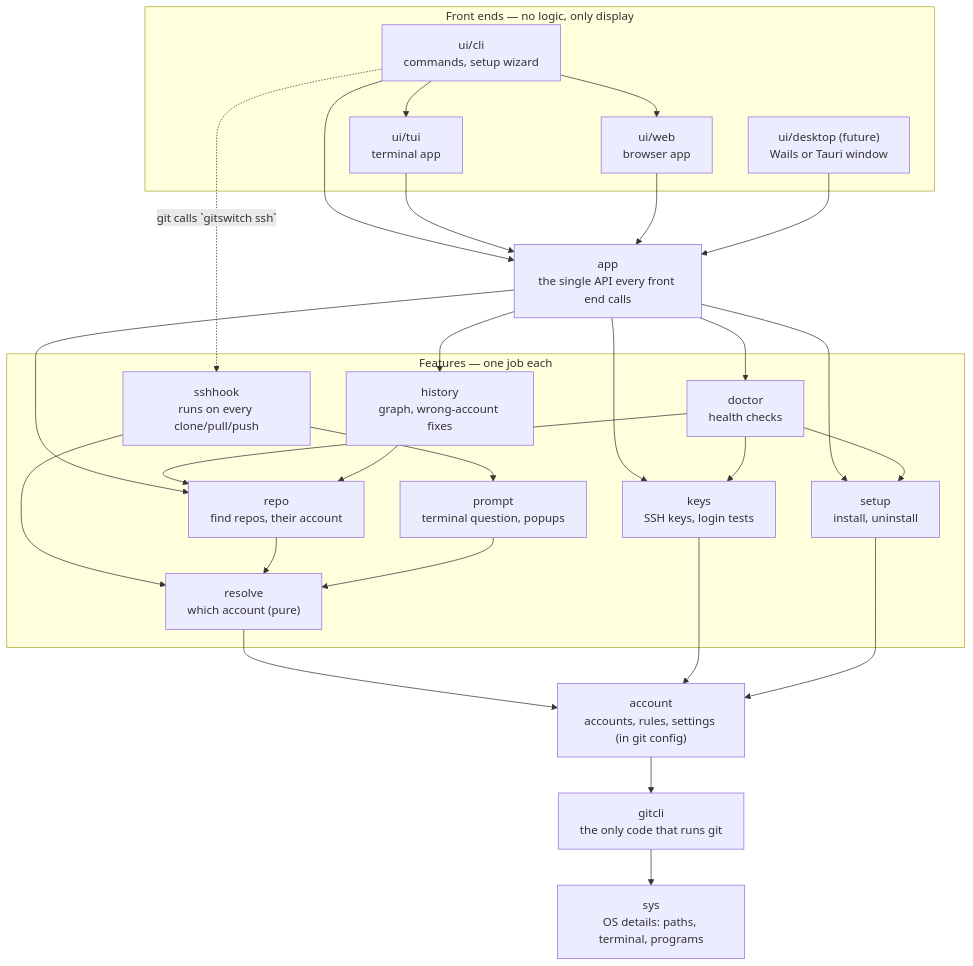
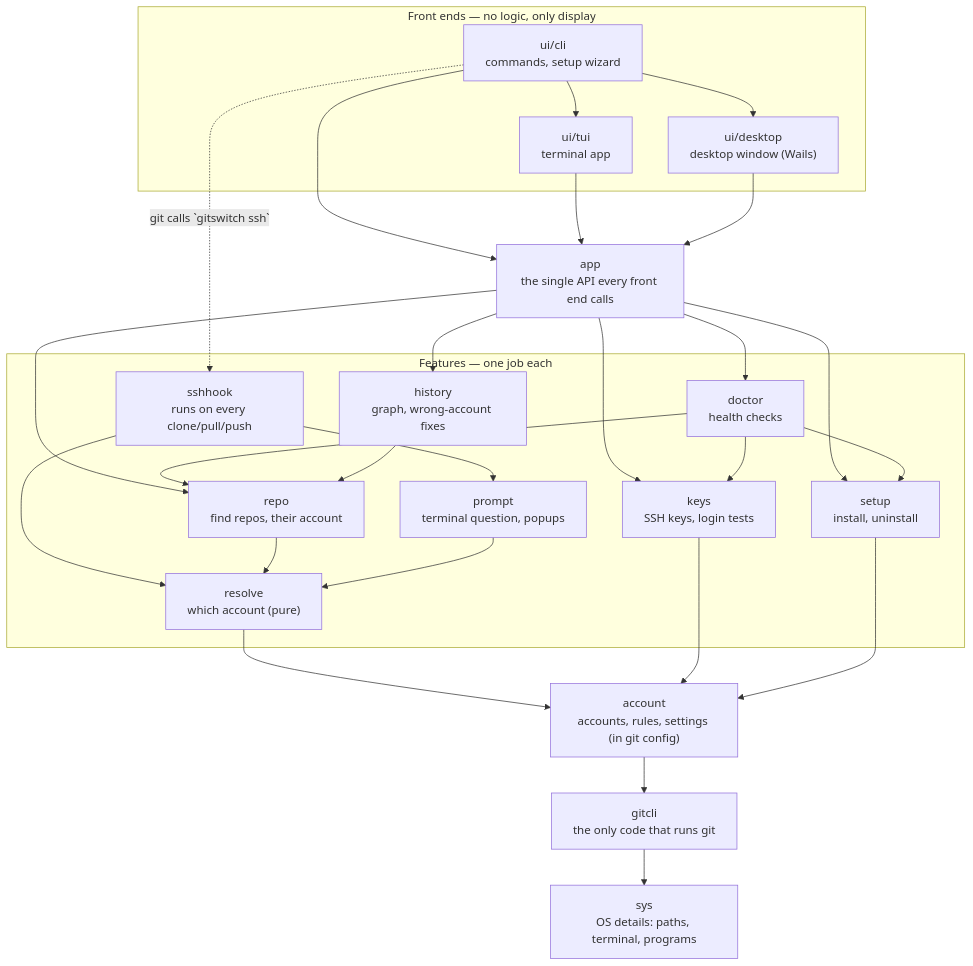
The diagram in ARCHITECTURE.md (macdipu/gitswitch), drawn with Mermaid before and after one commit. The commit also changed other lines of this file and 22 other files, not shown here.

First line of the commit message:
Replace the browser app with a native desktop window (Wails)

````diff
--- a/ARCHITECTURE.md
+++ b/ARCHITECTURE.md
@@ -8,34 +8,33 @@
 ```mermaid
 flowchart TB
   subgraph FE["Front ends — no logic, only display"]
     cli["ui/cli<br/>commands, setup wizard"]
     tui["ui/tui<br/>terminal app"]
-    web["ui/web<br/>browser app"]
-    desk["ui/desktop (future)<br/>Wails or Tauri window"]
+    desk["ui/desktop<br/>desktop window (Wails)"]
   end
   app["app<br/>the single API every front end calls"]
   subgraph F["Features — one job each"]
     doctor["doctor<br/>health checks"]
     history["history<br/>graph, wrong-account fixes"]
     sshhook["sshhook<br/>runs on every clone/pull/push"]
     repo["repo<br/>find repos, their account"]
     prompt["prompt<br/>terminal question, popups"]
     resolve["resolve<br/>which account (pure)"]
     keys["keys<br/>SSH keys, login tests"]
     setup["setup<br/>install, uninstall"]
   end
   account["account<br/>accounts, rules, settings (in git config)"]
   gitcli["gitcli<br/>the only code that runs git"]
   sys["sys<br/>OS details: paths, terminal, programs"]
-  cli --> tui & web
-  cli & tui & web & desk --> app
+  cli --> tui & desk
+  cli & tui & desk --> app
   app --> doctor & history & repo & keys & setup
   cli -. "git calls `gitswitch ssh`" .-> sshhook
   doctor --> repo & keys & setup
   history --> repo
   sshhook --> prompt & resolve
   repo --> resolve
   prompt --> resolve
   resolve & keys & setup --> account
   account --> gitcli --> sys
 ```
````
